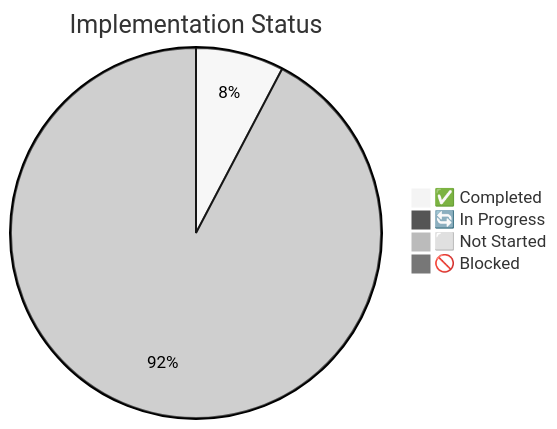
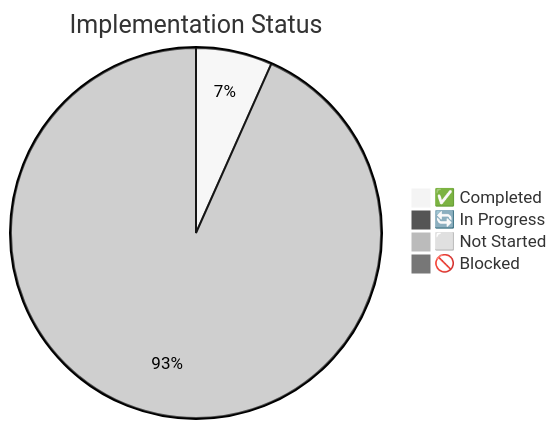
One commit to Px8Studio/yonja changed the diagram in docs/zekalab/00-IMPLEMENTATION-BACKLOG.md. Above: the diagram before and after it, drawn with Mermaid. The commit also changed other lines of this file and 8 other files, not shown here.

````diff
--- a/docs/zekalab/00-IMPLEMENTATION-BACKLOG.md
+++ b/docs/zekalab/00-IMPLEMENTATION-BACKLOG.md
@@ -172,8 +183,8 @@
 ```mermaid
 %%{init: {'theme': 'neutral'}}%%
 pie title Implementation Status
-    "✅ Completed" : 5
+    "✅ Completed" : 4
     "🔄 In Progress" : 0
-    "⬜ Not Started" : 60
+    "⬜ Not Started" : 56
     "🚫 Blocked" : 0
 ```
````
